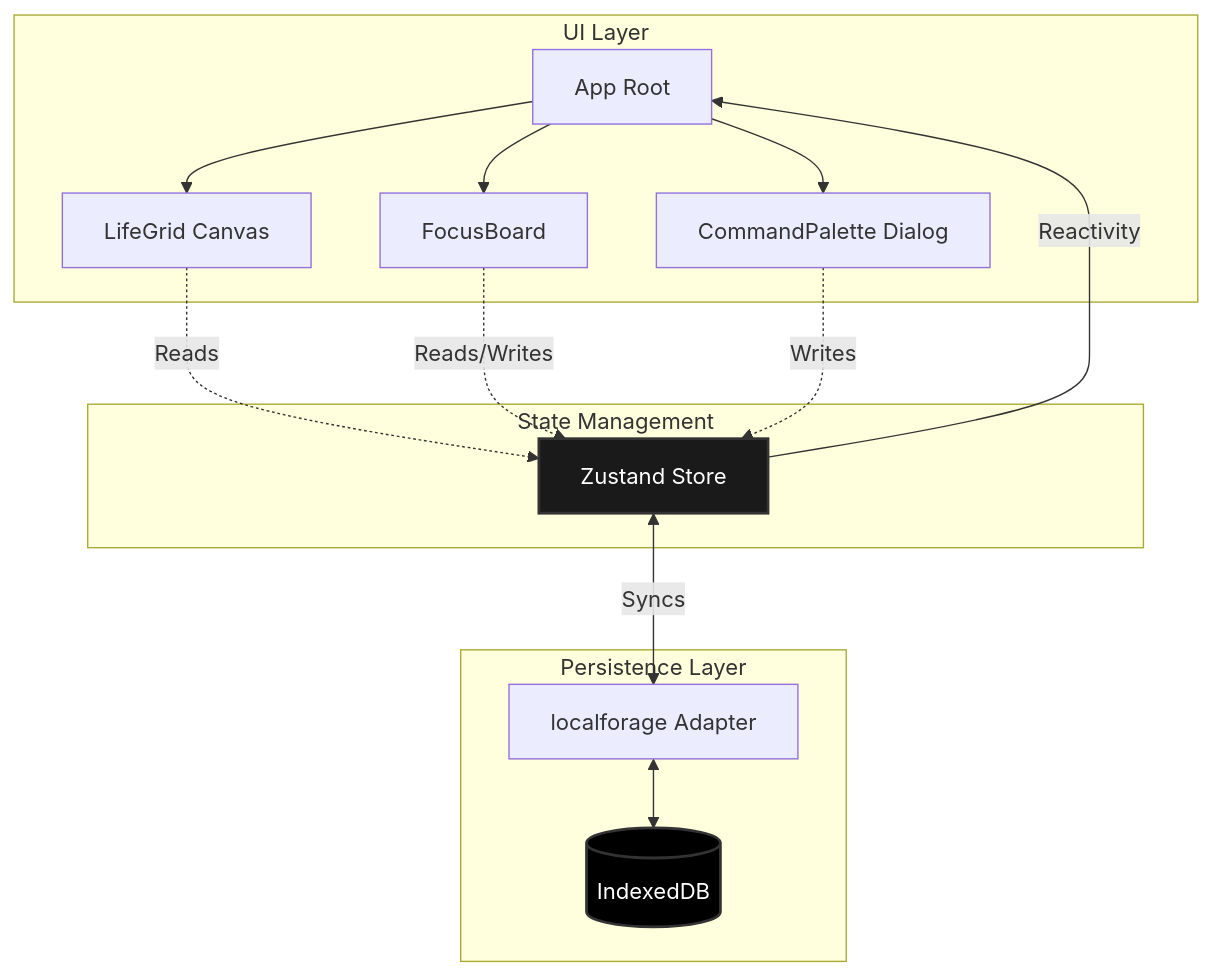
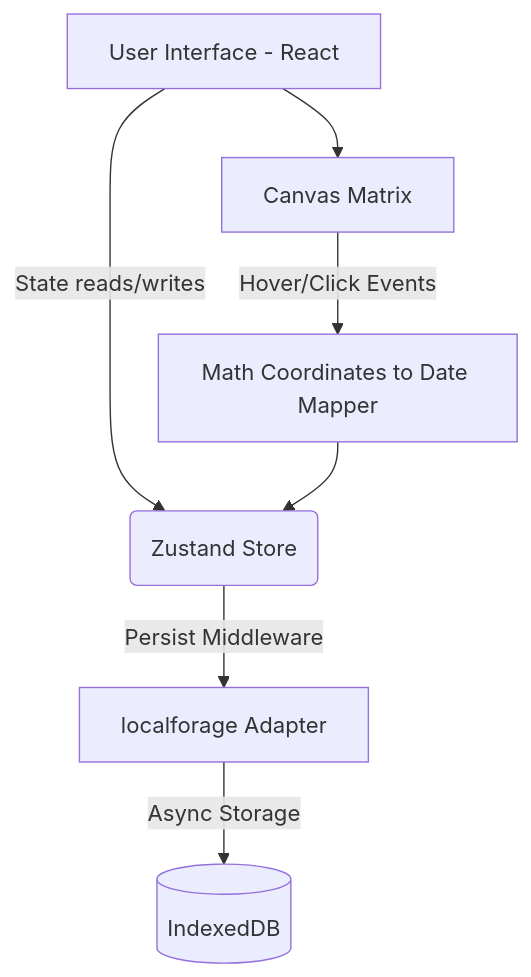
Before and after one commit to PundarikakshNTripathi/Kairos: the diagram in README.md, drawn with Mermaid. The commit also changed other lines of this file, not shown here.

````diff
--- a/README.md
+++ b/README.md
@@ -45,26 +37,10 @@
 ```mermaid
 graph TD
-    subgraph UI Layer
-        A[App Root] --> B[LifeGrid Canvas]
-        A --> C[FocusBoard]
-        A --> D[CommandPalette Dialog]
-    end
-
-    subgraph State Management
-        E[Zustand Store]
-        E -->|Reactivity| A
-        B -.->|Reads| E
-        C -.->|Reads/Writes| E
-        D -.->|Writes| E
-    end
-
-    subgraph Persistence Layer
-        F[localforage Adapter]
-        G[(IndexedDB)]
-        E <-->|Syncs| F
-        F <--> G
-    end
-
-    style E fill:#1a1a1a,stroke:#333,stroke-width:2px,color:#fff
-    style G fill:#000,stroke:#333,stroke-width:2px,color:#fff
+    A[User Interface - React] -->|State reads/writes| B(Zustand Store)
+    B -->|Persist Middleware| C[localforage Adapter]
+    C -->|Async Storage| D[(IndexedDB)]
+    
+    A --> E[Canvas Matrix]
+    E -->|Hover/Click Events| F[Math Coordinates to Date Mapper]
+    F --> B
 ```
````
